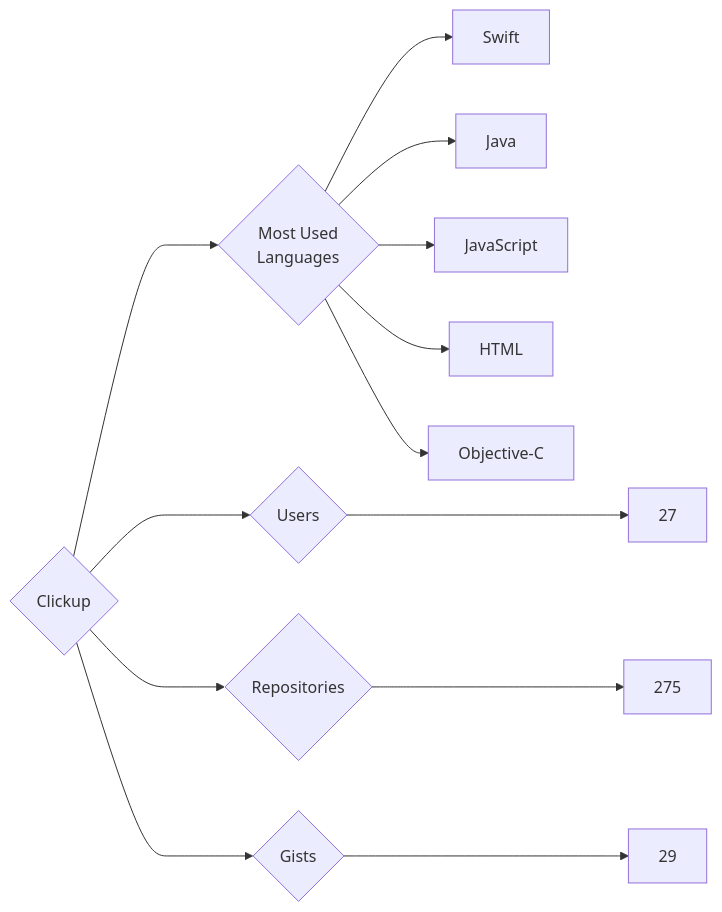
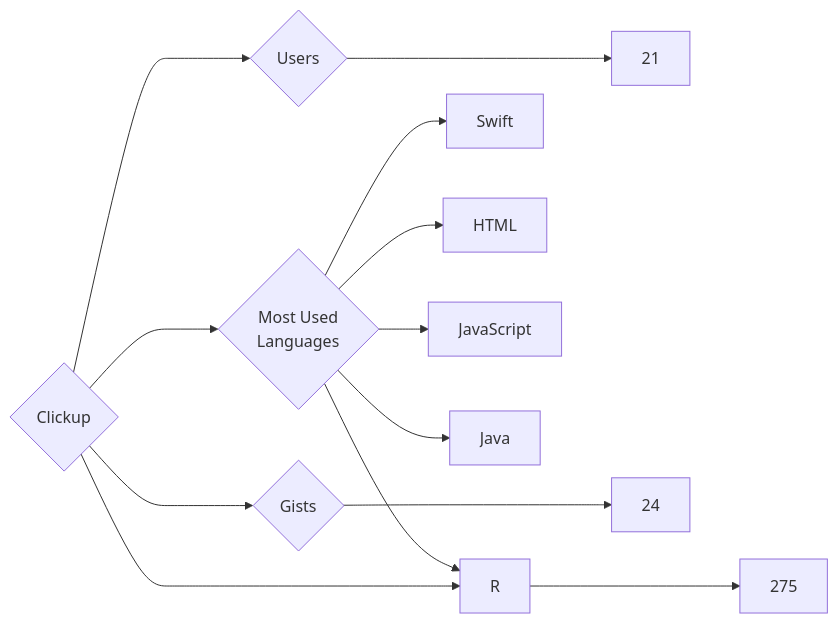
One commit to trickest/insiders changed the diagram in targets/Clickup/README.md. Above: the diagram before and after it, drawn with Mermaid. The commit also changed 944 other files, not shown here.

````diff
--- a/targets/Clickup/README.md
+++ b/targets/Clickup/README.md
@@ -3,13 +3,13 @@
 ```mermaid
 graph LR
 COMPANY_NAME{Clickup}
-COMPANY_NAME ---> U{Users} ---> UN[27]
+COMPANY_NAME ---> U{Users} ---> UN[21]
 COMPANY_NAME ---> R{Repositories} ---> RN[275]
-COMPANY_NAME ---> G{Gists} ---> GN[29]
+COMPANY_NAME ---> G{Gists} ---> GN[24]
 COMPANY_NAME ---> ML{Most Used<br>Languages}
 ML --> Swift[Swift]
+ML --> HTML[HTML]
+ML --> JavaScript[JavaScript]
 ML --> Java[Java]
-ML --> JavaScript[JavaScript]
-ML --> HTML[HTML]
-ML --> Objective-C[Objective-C]
+ML --> R[R]
 ```
````
